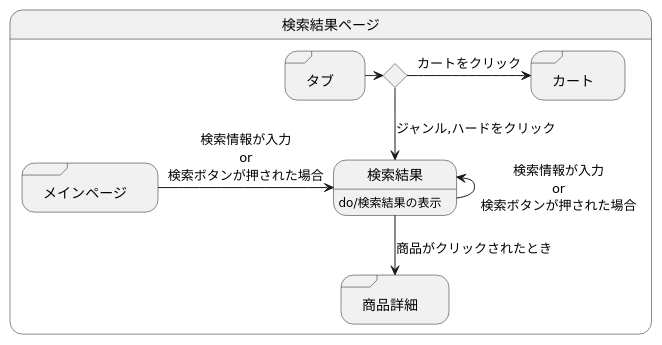
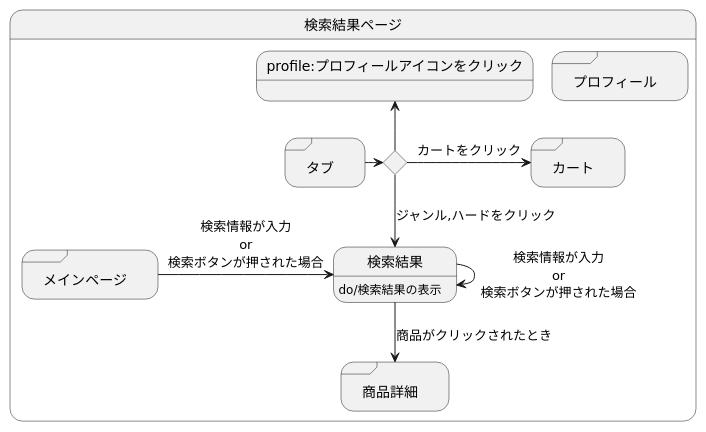
Before and after one commit to akutori/T-D-E: the diagram in 検索結果.md, drawn with PlantUML.

Commit message:
分岐追加

````diff
--- a/検索結果.md
+++ b/検索結果.md
@@ -1,21 +1,24 @@
 ```uml
 @startuml
 state 検索結果ページ{
 
     state ifinput <<choice>>
     state 検索結果:do/検索結果の表示
     state "商品詳細" as goodsdetail <<sdlreceive>>
     state "メインページ" as mainpage <<sdlreceive>>
     state "タブ" as tab <<sdlreceive>>
     state "カート" as cart <<sdlreceive>>
+    state "プロフィール" as profile <<sdlreceive>>
 
     mainpage -> 検索結果 :検索情報が入力\nor\n検索ボタンが押された場合
     検索結果 --> goodsdetail :商品がクリックされたとき
     tab -> ifinput 
     ifinput --> 検索結果 :ジャンル,ハードをクリック
     ifinput -> cart :カートをクリック
-    検索結果 -left-> 検索結果 :検索情報が入力\nor\n検索ボタンが押された場合
+    ifinput -up-> profile:プロフィールアイコンをクリック
+    検索結果 --> 検索結果 :検索情報が入力\nor\n検索ボタンが押された場合
+
 }
 
 @enduml
 ```
````
